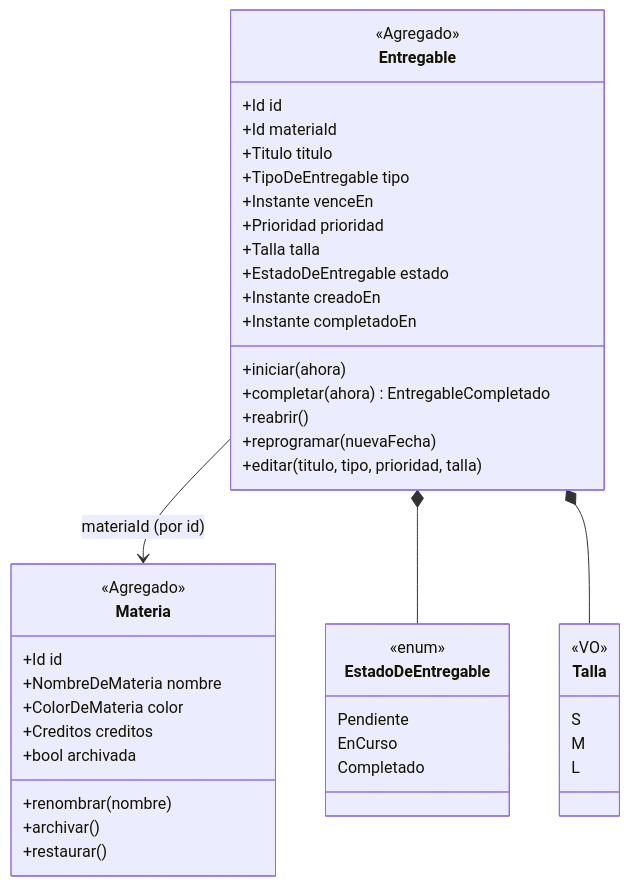
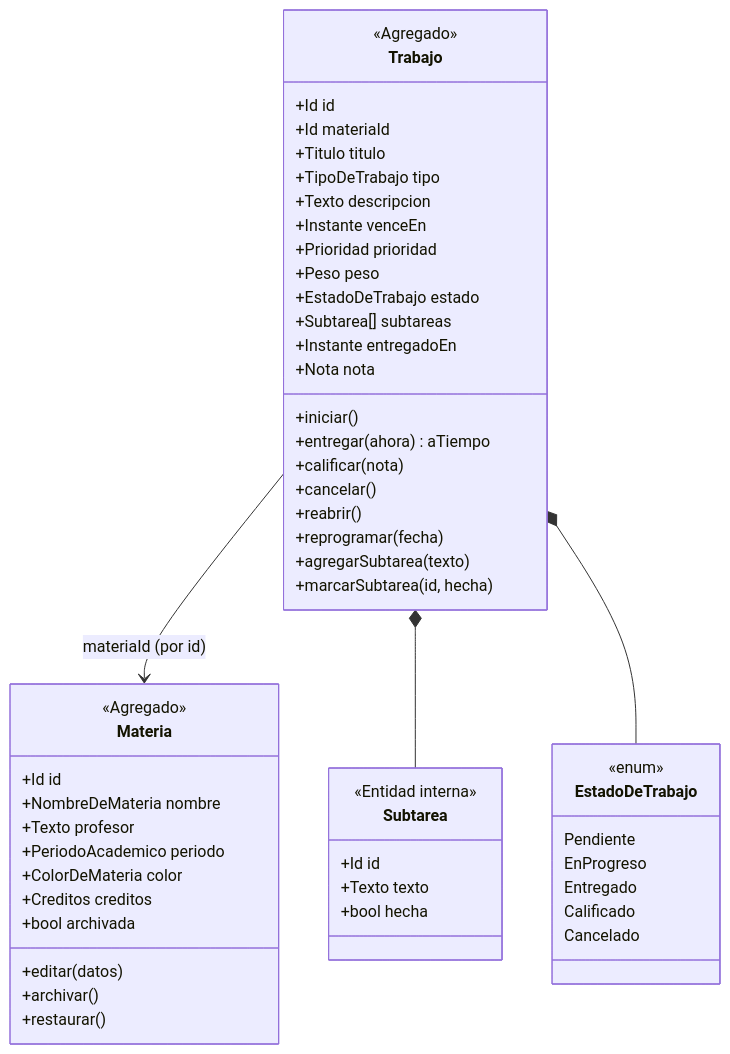
The second of 6 diagrams in docs/dominio.md (Yirusz/personalApp), drawn with Mermaid before and after one commit. The commit also changed other lines of this file and 15 other files, not shown here.

````diff
--- a/docs/dominio.md
+++ b/docs/dominio.md
@@ -49,47 +49,56 @@
 ```mermaid
 classDiagram
   class Materia {
     <<Agregado>>
     +Id id
     +NombreDeMateria nombre
+    +Texto profesor
+    +PeriodoAcademico periodo
     +ColorDeMateria color
     +Creditos creditos
     +bool archivada
-    +renombrar(nombre)
+    +editar(datos)
     +archivar()
     +restaurar()
   }
-  class Entregable {
+  class Trabajo {
     <<Agregado>>
     +Id id
     +Id materiaId
     +Titulo titulo
-    +TipoDeEntregable tipo
+    +TipoDeTrabajo tipo
+    +Texto descripcion
     +Instante venceEn
     +Prioridad prioridad
-    +Talla talla
-    +EstadoDeEntregable estado
-    +Instante creadoEn
-    +Instante completadoEn
-    +iniciar(ahora)
-    +completar(ahora) EntregableCompletado
+    +Peso peso
+    +EstadoDeTrabajo estado
+    +Subtarea[] subtareas
+    +Instante entregadoEn
+    +Nota nota
+    +iniciar()
+    +entregar(ahora) aTiempo
+    +calificar(nota)
+    +cancelar()
     +reabrir()
-    +reprogramar(nuevaFecha)
-    +editar(titulo, tipo, prioridad, talla)
+    +reprogramar(fecha)
+    +agregarSubtarea(texto)
+    +marcarSubtarea(id, hecha)
   }
-  class EstadoDeEntregable {
+  class Subtarea {
+    <<Entidad interna>>
+    +Id id
+    +Texto texto
+    +bool hecha
+  }
+  class EstadoDeTrabajo {
     <<enum>>
     Pendiente
-    EnCurso
-    Completado
+    EnProgreso
+    Entregado
+    Calificado
+    Cancelado
   }
-  class Talla {
-    <<VO>>
-    S
-    M
-    L
-  }
-  Entregable --> Materia : materiaId (por id)
-  Entregable *-- EstadoDeEntregable
-  Entregable *-- Talla
+  Trabajo --> Materia : materiaId (por id)
+  Trabajo *-- Subtarea
+  Trabajo *-- EstadoDeTrabajo
 ```
````
